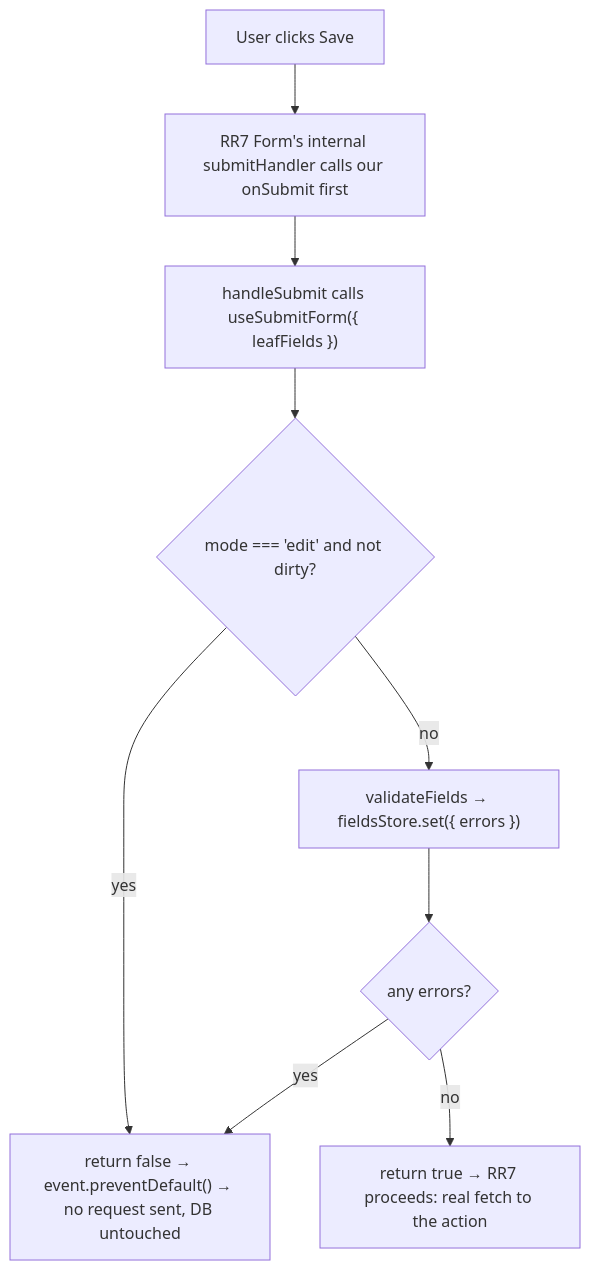
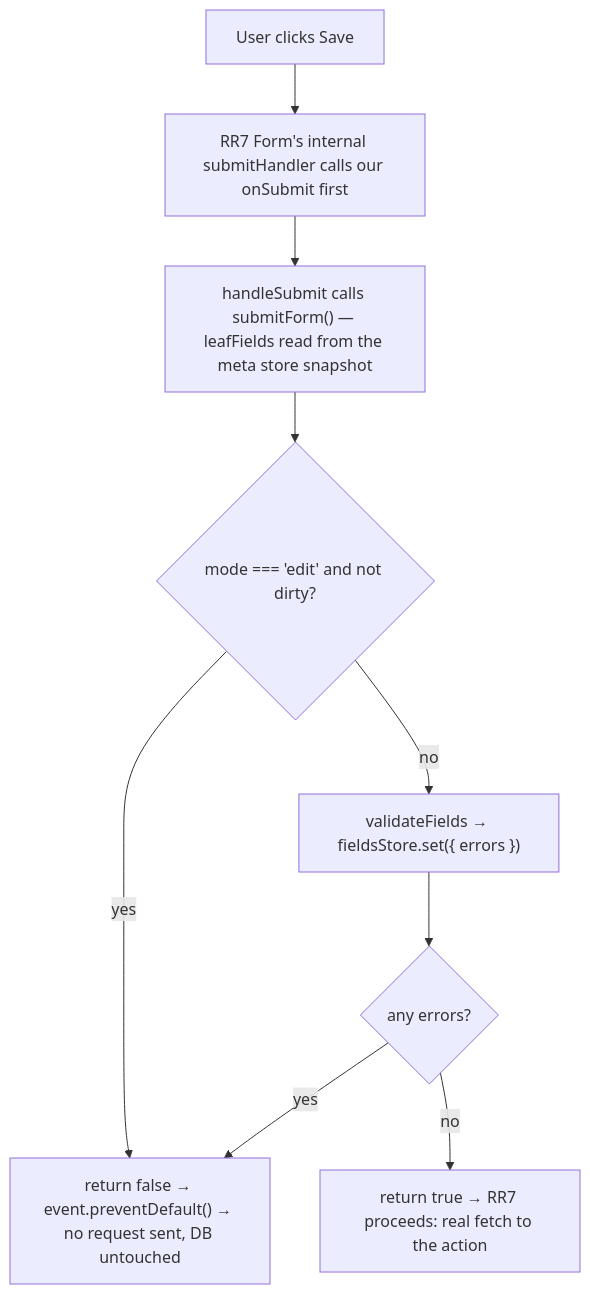
One commit to luciocabrera/lcabrera-stack changed the first of 2 diagrams in packages/ui/src/components/Form/ARCHITECTURE.md. Above: the diagram before and after it, drawn with Mermaid. The commit also changed other lines of this file and 29 other files, not shown here.

First line of the commit message:
refactor(ui): Form meta store owns the form config — no more prop drilling

````diff
--- a/packages/ui/src/components/Form/ARCHITECTURE.md
+++ b/packages/ui/src/components/Form/ARCHITECTURE.md
@@ -149,11 +189,11 @@
 ```mermaid
 graph TD
   A["User clicks Save"] --> B["RR7 Form's internal submitHandler calls our onSubmit first"]
-  B --> C["handleSubmit calls useSubmitForm({ leafFields })"]
+  B --> C["handleSubmit calls submitForm() — leafFields read from the meta store snapshot"]
   C --> D{"mode === 'edit' and not dirty?"}
   D -->|"yes"| E["return false → event.preventDefault() → no request sent, DB untouched"]
   D -->|"no"| F["validateFields → fieldsStore.set({ errors })"]
   F --> G{"any errors?"}
   G -->|"yes"| E
   G -->|"no"| H["return true → RR7 proceeds: real fetch to the action"]
 ```
````
